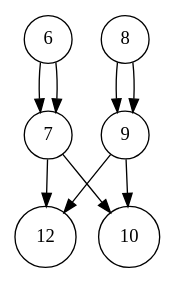
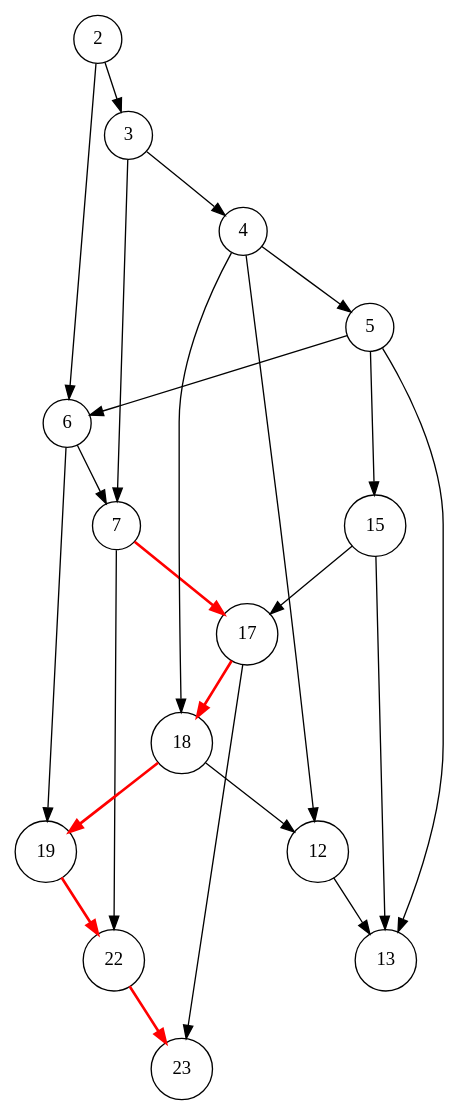
Before and after one commit to gintskk/execution-log-parser: the diagram in execution_7.dot, drawn with Graphviz. The commit also changed 22 other files, not shown here.

```diff
--- a/execution_7.dot
+++ b/execution_7.dot
@@ -1,11 +1,27 @@
 digraph execution {
   node [shape=circle];
-  7 -> 12;
-  7 -> 10;
+  7 -> 22;
+  7 -> 17 [color=red, penwidth=2.0];
   6 -> 7;
-  6 -> 7;
-  9 -> 10;
-  9 -> 12;
-  8 -> 9;
-  8 -> 9;
+  6 -> 19;
+  22 -> 23 [color=red, penwidth=2.0];
+  5 -> 6;
+  5 -> 15;
+  5 -> 13;
+  4 -> 5;
+  4 -> 18;
+  4 -> 12;
+  3 -> 4;
+  3 -> 7;
+  19 -> 22 [color=red, penwidth=2.0];
+  2 -> 3;
+  2 -> 6;
+  12 -> 13;
+  18 -> 19 [color=red, penwidth=2.0];
+  18 -> 12;
+  17 -> 18 [color=red, penwidth=2.0];
+  17 -> 23;
+  15 -> 17;
+  15 -> 13;
+  {node [style=filled, fillcolor=lightpink] 22 23 7 17 18 19 22 }
 }
```
